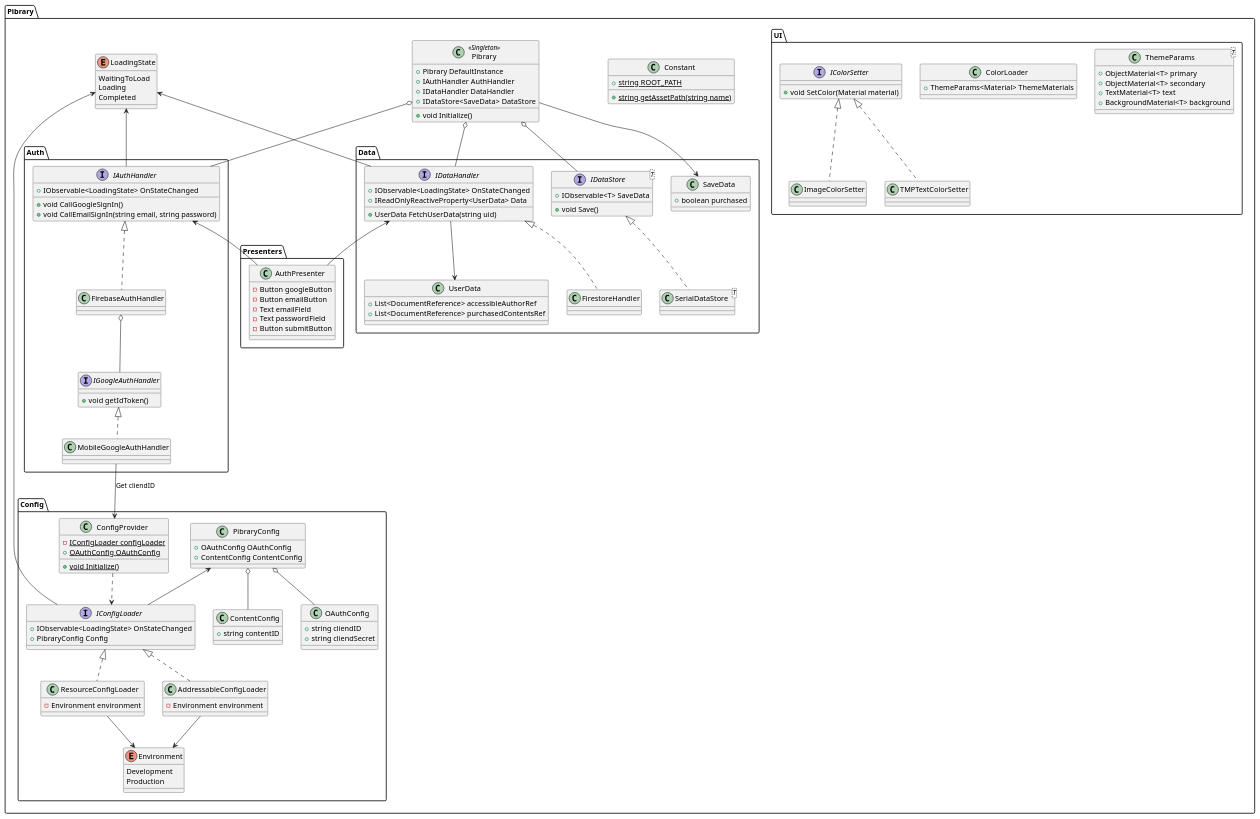
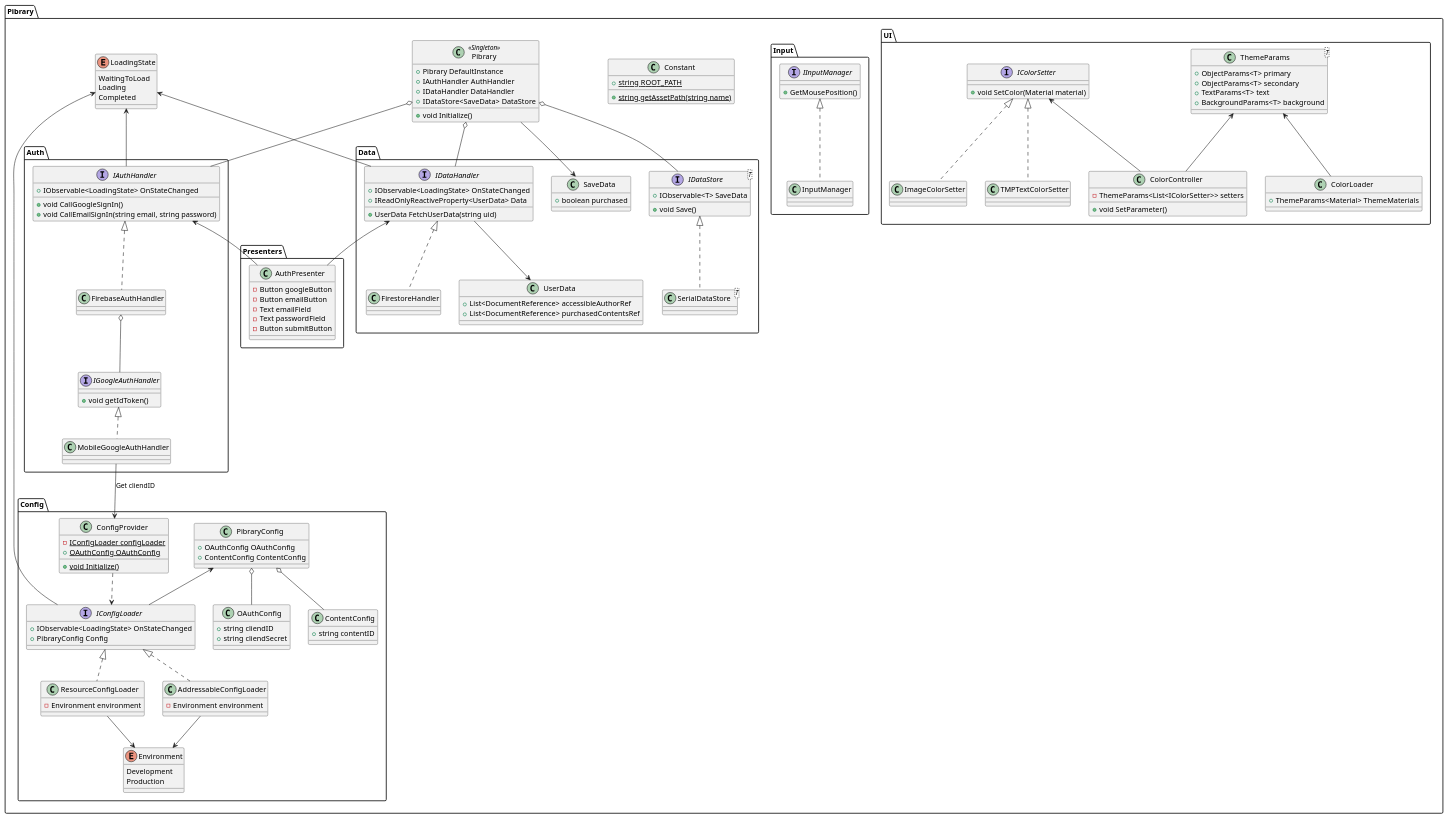
The diagram in pibrary-for-unity.pu (Harineko0/pibrary-for-unity-fixed), drawn with PlantUML before and after one commit. The commit also changed 31 other files, not shown here.

```diff
--- a/pibrary-for-unity.pu
+++ b/pibrary-for-unity.pu
@@ -1,167 +1,186 @@
 @startuml pibrary-for-unity
 namespace Pibrary {
     class Constant {
         {static} + string ROOT_PATH
         {static} + string getAssetPath(string name)
     }
 
     class Pibrary<<Singleton>> {
         + Pibrary DefaultInstance
         + IAuthHandler AuthHandler
         + IDataHandler DataHandler
         + IDataStore<SaveData> DataStore
         + void Initialize()
         
     }
 
     enum LoadingState {
         WaitingToLoad
         Loading
         Completed
     }
 }
 
 namespace Pibrary.Config {
     enum Environment
     {
         Development
         Production
     }
 
     interface IConfigLoader {
         + IObservable<LoadingState> OnStateChanged
         + PibraryConfig Config
     }
 
     class AddressableConfigLoader implements IConfigLoader {
         - Environment environment
     }
 
     class ResourceConfigLoader implements IConfigLoader {
         - Environment environment
     }
 
     class ConfigProvider {
         {static} - IConfigLoader configLoader
         {static} + OAuthConfig OAuthConfig
         {static} + void Initialize()
     }
 
     class PibraryConfig {
         + OAuthConfig OAuthConfig
         + ContentConfig ContentConfig
     }
 
     class OAuthConfig {
         + string cliendID
         + string cliendSecret
     }
 
     class ContentConfig {
         + string contentID
     }
 
     PibraryConfig <-- IConfigLoader
     ConfigProvider ..> IConfigLoader
     PibraryConfig o-- ContentConfig
     PibraryConfig o-- OAuthConfig
     Environment <-u- AddressableConfigLoader
     Environment <-u- ResourceConfigLoader
 }
 
 namespace Pibrary.Auth {
     interface IAuthHandler {
         + IObservable<LoadingState> OnStateChanged 
         + void CallGoogleSignIn()
         + void CallEmailSignIn(string email, string password)
     }
 
     class FirebaseAuthHandler implements IAuthHandler {
 
     }
 
     interface IGoogleAuthHandler {
         + void getIdToken()
     }
     
     class MobileGoogleAuthHandler implements IGoogleAuthHandler {
 
     }
 
     FirebaseAuthHandler o-- IGoogleAuthHandler
 }
 
 namespace Pibrary.Data {
     class UserData {
         + List<DocumentReference> accessibleAuthorRef
         + List<DocumentReference> purchasedContentsRef
     }
 
     class SaveData {
         + boolean purchased
     }
 
     interface IDataHandler {
         + IObservable<LoadingState> OnStateChanged 
         + IReadOnlyReactiveProperty<UserData> Data
         + UserData FetchUserData(string uid)
     }
 
     class FirestoreHandler implements IDataHandler {
 
     }
 
     interface IDataStore<T> {
         + IObservable<T> SaveData
         + void Save()
     }
 
     class SerialDataStore<T> implements IDataStore {
 
     }
 
     UserData <-u- IDataHandler
 }
 
 namespace Pibrary.Presenters {
     class AuthPresenter {
         - Button googleButton
         - Button emailButton
         - Text emailField
         - Text passwordField
         - Button submitButton
     }
 }
 
 namespace Pibrary.UI {
     class ThemeParams<T> {
-        + ObjectMaterial<T> primary
-        + ObjectMaterial<T> secondary
-        + TextMaterial<T> text
-        + BackgroundMaterial<T> background
+        + ObjectParams<T> primary
+        + ObjectParams<T> secondary
+        + TextParams<T> text
+        + BackgroundParams<T> background
     }
 
     class ColorLoader {
         + ThemeParams<Material> ThemeMaterials
     }
 
     interface IColorSetter {
         + void SetColor(Material material)
     }
 
     class ImageColorSetter implements IColorSetter {}
 
     class TMPTextColorSetter implements IColorSetter {}
+
+    class ColorController {
+        - ThemeParams<List<IColorSetter>> setters
+        + void SetParameter()
+    }
+
+    
+    ThemeParams <-- ColorLoader
+    ThemeParams <-- ColorController
+    IColorSetter <-- ColorController
+}
+
+namespace Pibrary.Input {
+    interface IInputManager {
+        + GetMousePosition()
+    }
+
+    class InputManager implements IInputManager {
+    }
 }
 
 Pibrary.Pibrary o-- Pibrary.Auth.IAuthHandler
 Pibrary.Pibrary o-- Pibrary.Data.IDataHandler
 Pibrary.Pibrary o-- Pibrary.Data.IDataStore
 Pibrary.Auth.IAuthHandler <-- Pibrary.Presenters.AuthPresenter
 Pibrary.Data.IDataHandler <-- Pibrary.Presenters.AuthPresenter
 Pibrary.Data.SaveData <-- Pibrary.Pibrary
 Pibrary.LoadingState <-- Pibrary.Data.IDataHandler
 Pibrary.LoadingState <-- Pibrary.Auth.IAuthHandler
 Pibrary.LoadingState <-- Pibrary.Config.IConfigLoader
 Pibrary.Auth.MobileGoogleAuthHandler --> Pibrary.Config.ConfigProvider : Get cliendID
 @enduml
```
